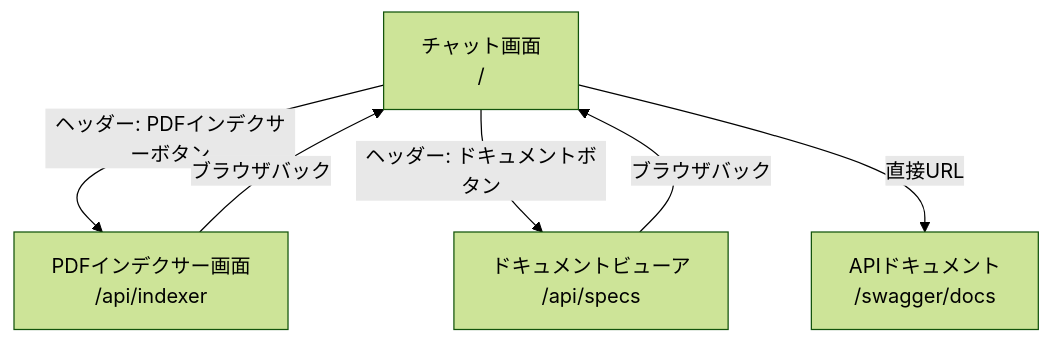
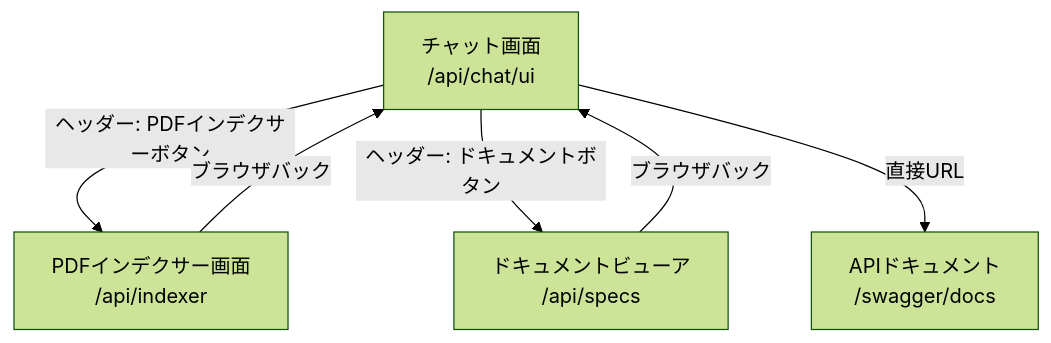
Before and after one commit to redmine54/ai_chat: the diagram in docs/design/screen_transition.md, drawn with Mermaid (forest theme). The commit also changed other lines of this file and 10 other files, not shown here.

````diff
--- a/docs/design/screen_transition.md
+++ b/docs/design/screen_transition.md
@@ -6,13 +6,13 @@
 ```mermaid
 flowchart TD
-    Chat[チャット画面\n/]
+    Chat[チャット画面\n/api/chat/ui]
     Indexer[PDFインデクサー画面\n/api/indexer]
     Docs[ドキュメントビューア\n/api/specs]
     Swagger[APIドキュメント\n/swagger/docs]
 
     Chat -->|ヘッダー: PDFインデクサーボタン| Indexer
     Chat -->|ヘッダー: ドキュメントボタン| Docs
     Indexer -->|ブラウザバック| Chat
     Docs -->|ブラウザバック| Chat
     Chat -->|直接URL| Swagger
 ```
````
